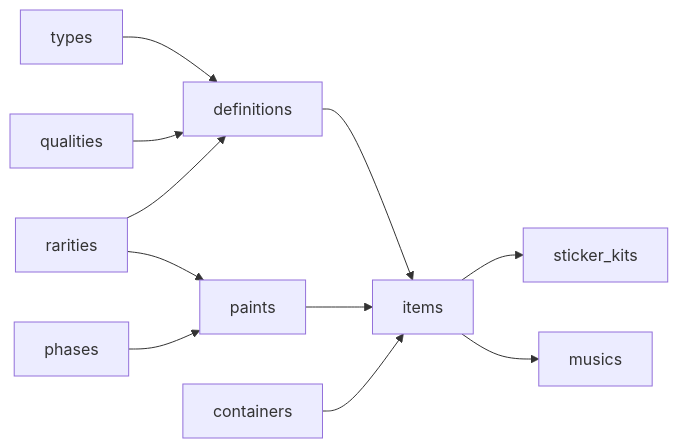
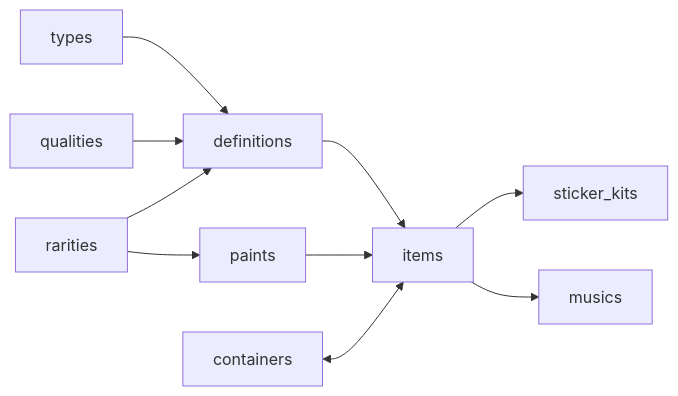
One commit to somespecialone/cs2-items-schema changed the first of 2 diagrams in README.md. Above: the diagram before and after it, drawn with Mermaid. The commit also changed other lines of this file and 14 other files, not shown here.

Commit message:
refactor(schema): remove predefined schemas (origins, phases, wears)

````diff
--- a/README.md
+++ b/README.md
@@ -28,13 +28,12 @@
 ```mermaid
 flowchart LR
     types[types] --> definitions[definitions]
     qualities[qualities] --> definitions
     rarities[rarities] --> definitions
     rarities --> paints[paints]
-    phases[phases] --> paints
     definitions --> items[items]
     paints --> items
-    containers[containers] --> items
+    containers[containers] <--> items
     items --> sticker_kits[sticker_kits]
     items --> musics[musics]
 ```
````
